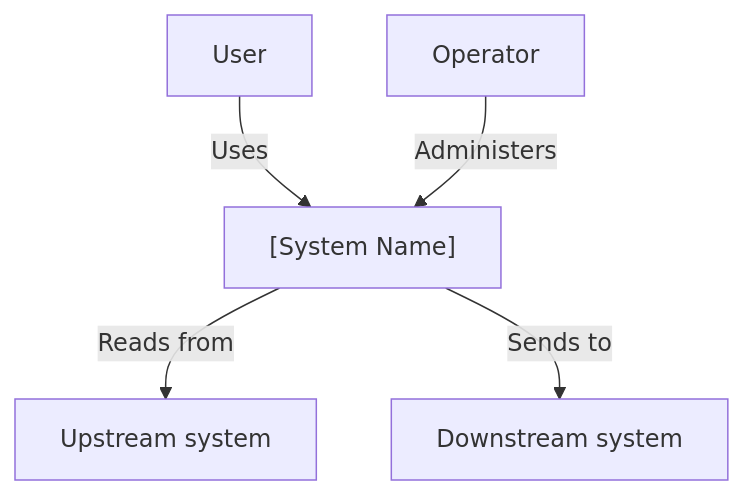
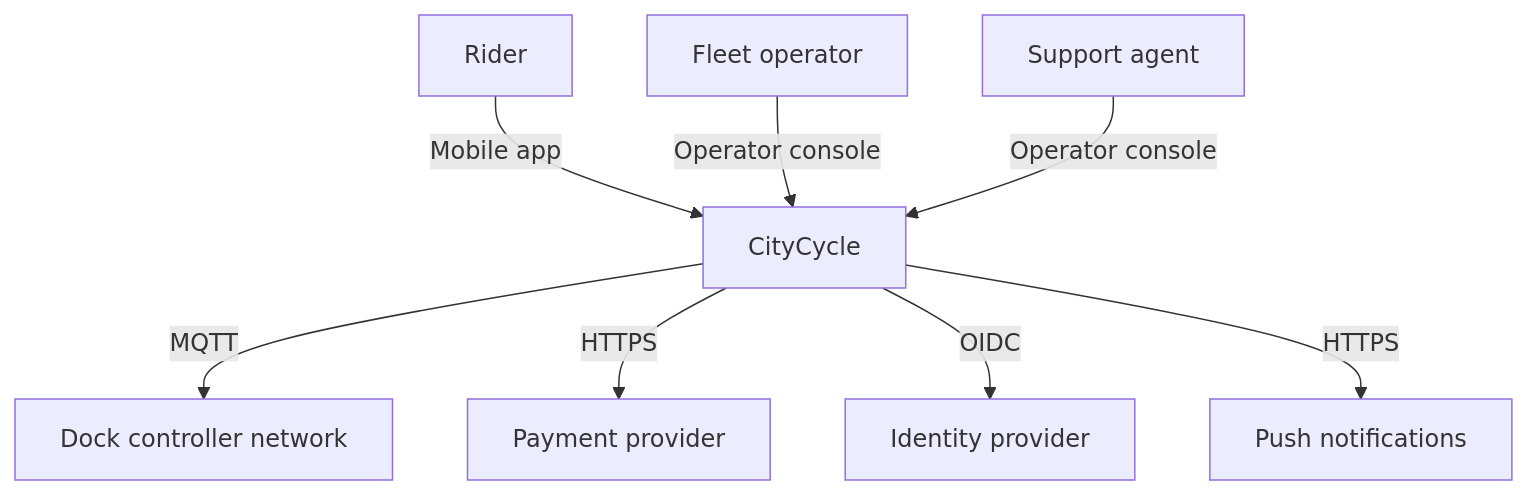
One commit to alessandroros/design-docs-example changed the second of 2 diagrams in docs/architecture/diagrams/c4-context.md. Above: the diagram before and after it, drawn with Mermaid. The commit also changed other lines of this file and 21 other files, not shown here.

First line of the commit message:
Fill CityCycle as a worked example of the design-docs template.

````diff
--- a/docs/architecture/diagrams/c4-context.md
+++ b/docs/architecture/diagrams/c4-context.md
@@ -25,13 +29,19 @@
 ```mermaid
 flowchart TB
-  user["User"]
-  operator["Operator"]
-  system["[System Name]"]
-  upstream["Upstream system"]
-  downstream["Downstream system"]
+  rider["Rider"]
+  operator["Fleet operator"]
+  support["Support agent"]
+  citycycle["CityCycle"]
+  docks["Dock controller network"]
+  payments["Payment provider"]
+  idp["Identity provider"]
+  push["Push notifications"]
 
-  user -->|Uses| system
-  operator -->|Administers| system
-  system -->|Reads from| upstream
-  system -->|Sends to| downstream
+  rider -->|Mobile app| citycycle
+  operator -->|Operator console| citycycle
+  support -->|Operator console| citycycle
+  citycycle -->|MQTT| docks
+  citycycle -->|HTTPS| payments
+  citycycle -->|OIDC| idp
+  citycycle -->|HTTPS| push
 ```
````
